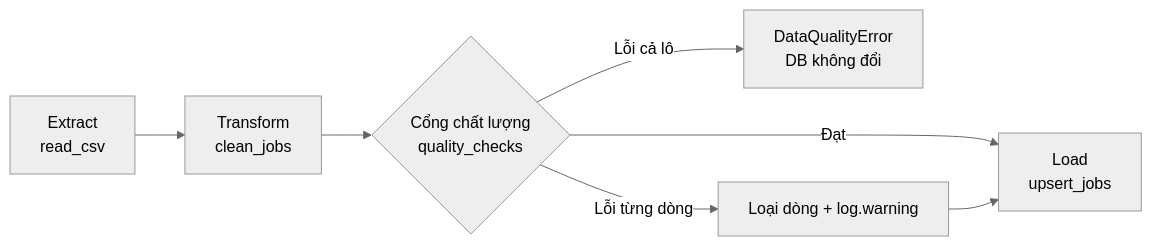
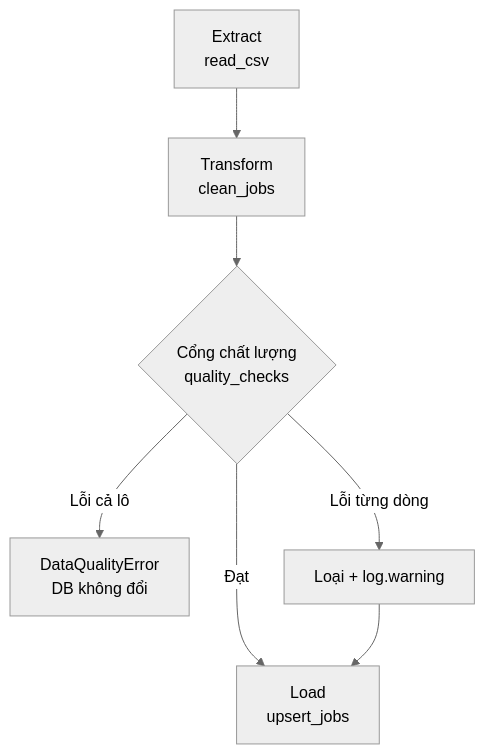
Before and after one commit to ht-nah98/ai-academy: the first of 3 diagrams in academy/curriculum/L10-etl-chat-luong-du-lieu/lesson.md, drawn with Mermaid (neutral theme). The commit also changed other lines of this file and 54 other files, not shown here.

````diff
--- a/academy/curriculum/L10-etl-chat-luong-du-lieu/lesson.md
+++ b/academy/curriculum/L10-etl-chat-luong-du-lieu/lesson.md
@@ -42,9 +42,9 @@
 ```mermaid
-flowchart LR
+flowchart TD
     E["Extract<br/>read_csv"] --> T["Transform<br/>clean_jobs"]
     T --> Q{"Cổng chất lượng<br/>quality_checks"}
     Q -- "Lỗi cả lô" --> X["DataQualityError<br/>DB không đổi"]
-    Q -- "Lỗi từng dòng" --> R["Loại dòng + log.warning"]
+    Q -- "Lỗi từng dòng" --> R["Loại + log.warning"]
     Q -- "Đạt" --> L["Load<br/>upsert_jobs"]
     R --> L
 ```
````
